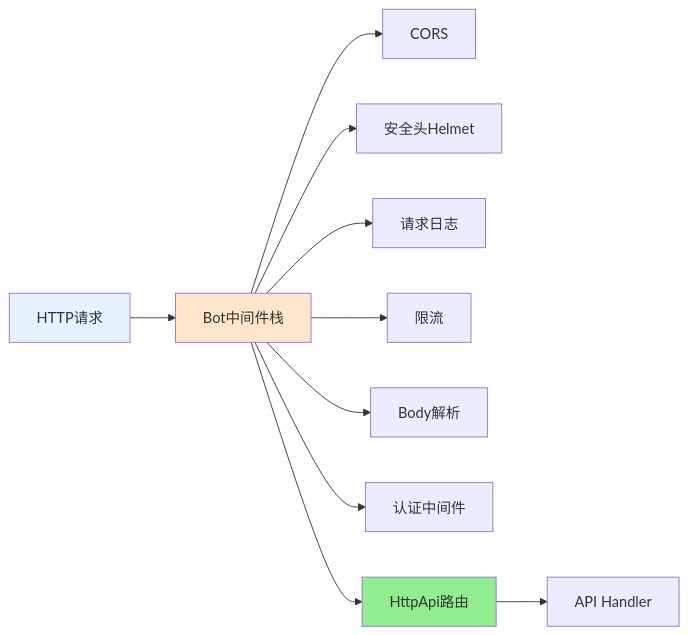
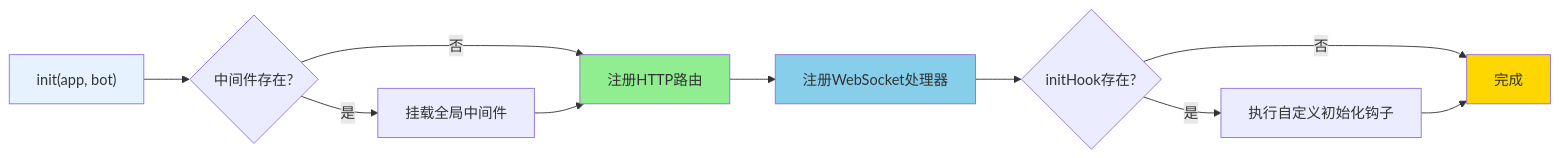
The second of 2 diagrams in docs/http-api.md (sunflowermm/XRK-AGT), drawn with Mermaid before and after one commit. The commit also changed other lines of this file and 4 other files, not shown here.

````diff
--- a/docs/http-api.md
+++ b/docs/http-api.md
@@ -458,16 +102,17 @@
 ```mermaid
 flowchart LR
-    A[HTTP请求] --> B[Bot中间件栈]
-    B --> C[CORS]
-    B --> D[安全头Helmet]
-    B --> E[请求日志]
-    B --> F[限流]
-    B --> G[Body解析]
-    B --> H[认证中间件]
-    B --> I[HttpApi路由]
-    I --> J[API Handler]
+    A["init(app, bot)"] --> B{"中间件存在?"}
+    B -->|是| C["挂载全局中间件"]
+    B -->|否| D["注册HTTP路由"]
+    C --> D
+    D --> E["注册WebSocket处理器"]
+    E --> F{"initHook存在?"}
+    F -->|是| G["执行自定义初始化钩子"]
+    F -->|否| H["完成"]
+    G --> H
     
     style A fill:#E6F3FF
-    style B fill:#FFE6CC
-    style I fill:#90EE90
+    style D fill:#90EE90
+    style E fill:#87CEEB
+    style H fill:#FFD700
 ```
````
